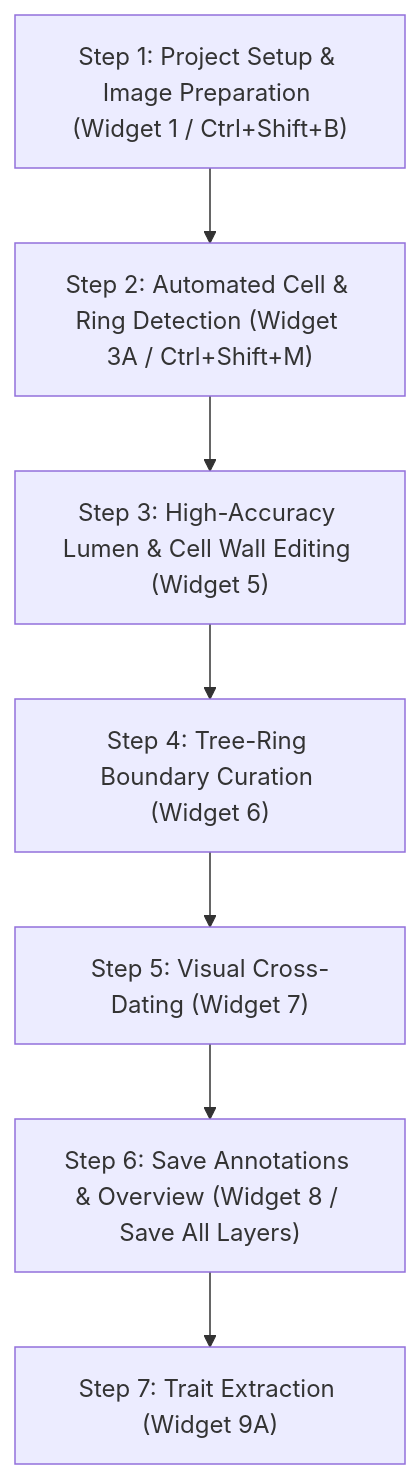
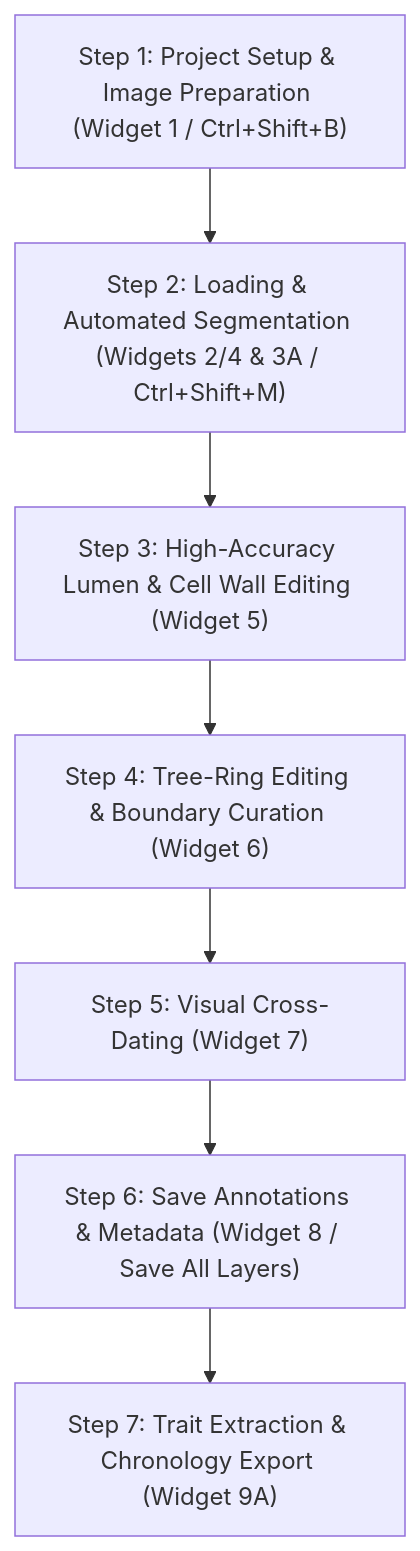
The second of 3 diagrams in docs/tutorials/workflows.md (roxas-ai/napari-roxas-ai), drawn with Mermaid before and after one commit. The commit also changed other lines of this file, not shown here.

Commit message:
Update workflows documentation: refine segmentation steps, clarify raster vs. vector editing, improve measurement descriptions, and add updated screenshots.

````diff
--- a/docs/tutorials/workflows.md
+++ b/docs/tutorials/workflows.md
@@ -67,9 +89,9 @@
 ```mermaid
 flowchart TD
-    P1["Step 1: Project Setup & Image Preparation (Widget 1 / Ctrl+Shift+B)"] --> P2["Step 2: Automated Cell & Ring Detection (Widget 3A / Ctrl+Shift+M)"]
+    P1["Step 1: Project Setup & Image Preparation (Widget 1 / Ctrl+Shift+B)"] --> P2["Step 2: Loading & Automated Segmentation (Widgets 2/4 & 3A / Ctrl+Shift+M)"]
     P2 --> P3["Step 3: High-Accuracy Lumen & Cell Wall Editing (Widget 5)"]
-    P3 --> P4["Step 4: Tree-Ring Boundary Curation (Widget 6)"]
+    P3 --> P4["Step 4: Tree-Ring Editing & Boundary Curation (Widget 6)"]
     P4 --> P5["Step 5: Visual Cross-Dating (Widget 7)"]
-    P5 --> P6["Step 6: Save Annotations & Overview (Widget 8 / Save All Layers)"]
-    P6 --> P7["Step 7: Trait Extraction (Widget 9A)"]
+    P5 --> P6["Step 6: Save Annotations & Metadata (Widget 8 / Save All Layers)"]
+    P6 --> P7["Step 7: Trait Extraction & Chronology Export (Widget 9A)"]
 ```
````
